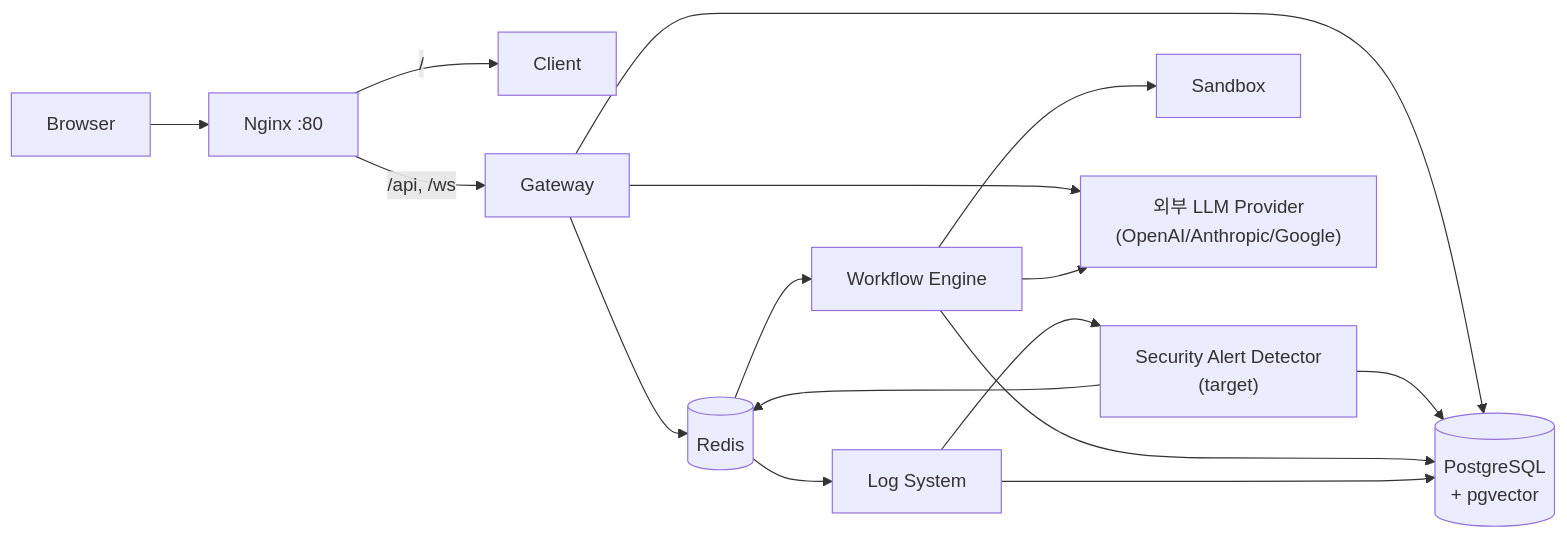
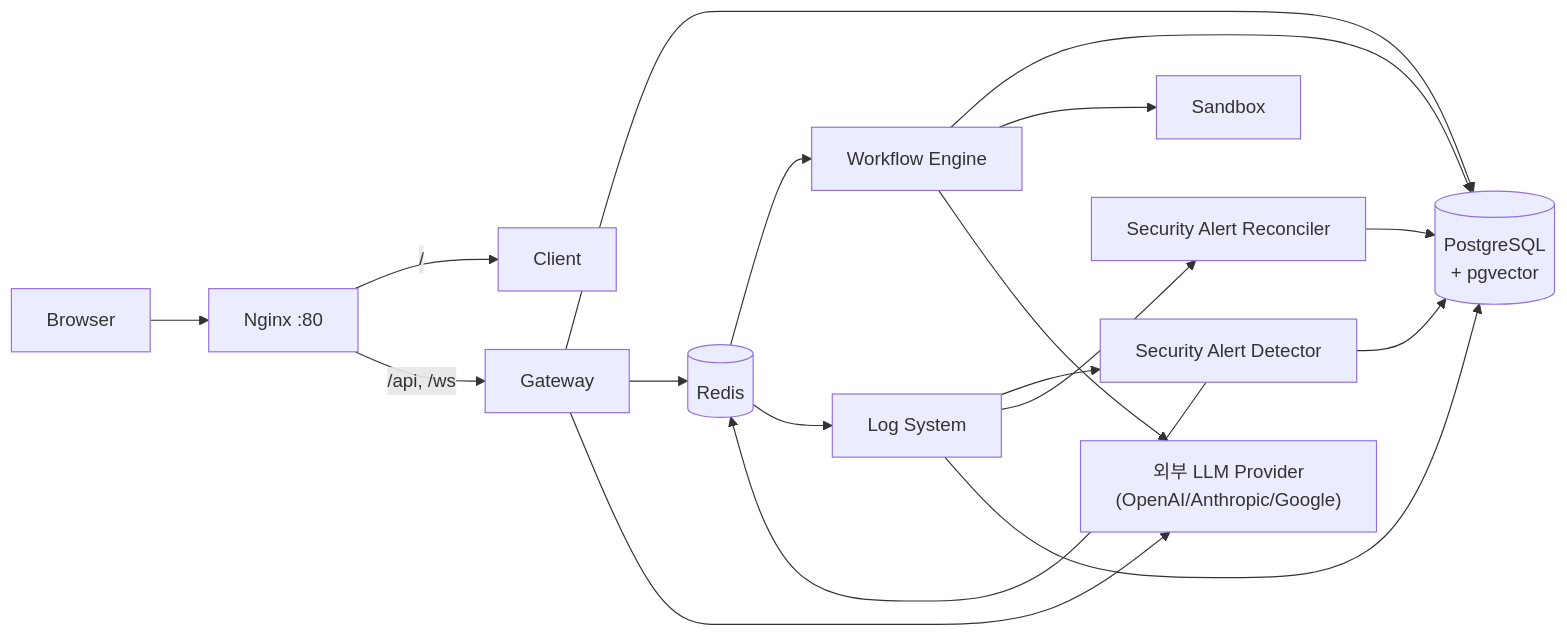
Before and after one commit to gannak1/nodease_refactoring_gannak1: the diagram in docs/architecture.md, drawn with Mermaid. The commit also changed other lines of this file and 13 other files, not shown here.

````diff
--- a/docs/architecture.md
+++ b/docs/architecture.md
@@ -60,18 +60,20 @@
 ```mermaid
 graph LR
     B[Browser] --> N["Nginx :80"]
     N -->|"/"| C[Client]
     N -->|"/api, /ws"| G[Gateway]
     G --> PG[("PostgreSQL<br/>+ pgvector")]
     G --> R[(Redis)]
     R --> WE[Workflow Engine]
     R --> LS[Log System]
-    LS --> SAD["Security Alert Detector<br/>(target)"]
+    LS --> SAD["Security Alert Detector"]
+    LS --> SAR["Security Alert Reconciler"]
     SAD --> PG
     SAD --> R
+    SAR --> PG
     WE --> PG
     LS --> PG
     WE --> SB[Sandbox]
     G --> LLM["외부 LLM Provider<br/>(OpenAI/Anthropic/Google)"]
     WE --> LLM
 ```
````
